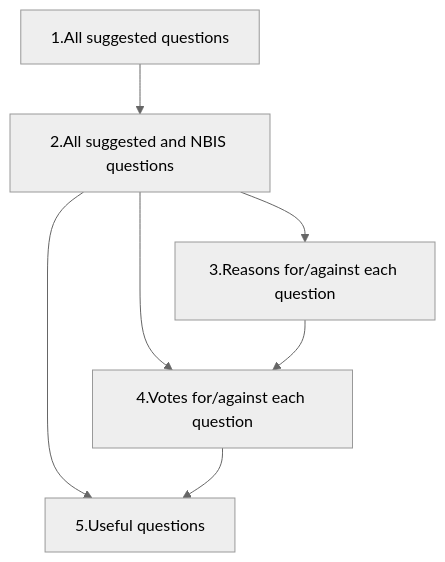
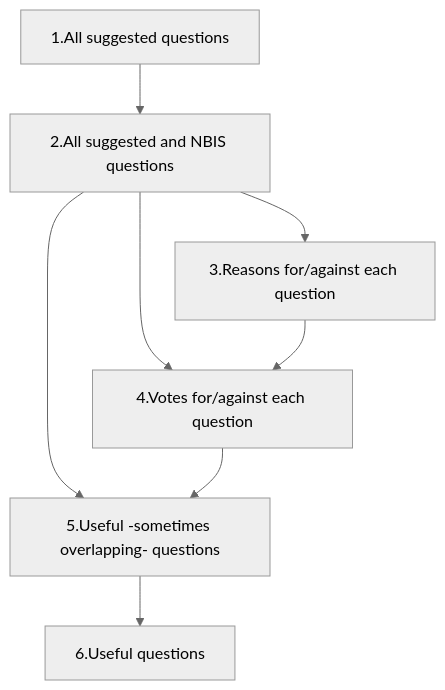
Before and after one commit to NBISweden/elixir_evaluation_evaluation: the diagram in docs/methods.md, drawn with Mermaid (neutral theme).

````diff
--- a/docs/methods.md
+++ b/docs/methods.md
@@ -28,15 +28,17 @@
 ```mermaid
 flowchart TD
   data_set_1[1.All suggested questions]
   data_set_2[2.All suggested and NBIS questions]
   data_set_3[3.Reasons for/against each question]
   data_set_4[4.Votes for/against each question]
-  data_set_5[5.Useful questions]
+  data_set_5[5.Useful -sometimes overlapping- questions]
+  data_set_6[6.Useful questions]
 
   data_set_1 --> data_set_2
   data_set_2 --> data_set_3
   data_set_2 --> data_set_4
   data_set_3 --> data_set_4
   data_set_2 --> data_set_5
   data_set_4 --> data_set_5
+  data_set_5 --> data_set_6
 ```
````
